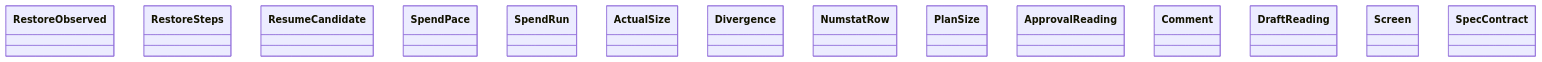
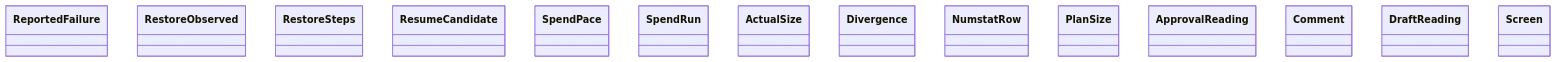
Before and after one commit to GonzaloZevallos/agentic-system: the diagram in docs/architecture/generated/classes-process-domain-state-3.md, drawn with Mermaid. The commit also changed other lines of this file and 11 other files, not shown here.

Commit message:
Register the early_split channel in the reducer test and regenerate the architecture docs

````diff
--- a/docs/architecture/generated/classes-process-domain-state-3.md
+++ b/docs/architecture/generated/classes-process-domain-state-3.md
@@ -32,17 +32,17 @@
 ```mermaid
 classDiagram
+    class rules__ReportedFailure["ReportedFailure"]
     class rules__RestoreObserved["RestoreObserved"]
     class rules__RestoreSteps["RestoreSteps"]
     class rules__ResumeCandidate["ResumeCandidate"]
     class rules__SpendPace["SpendPace"]
     class rules__SpendRun["SpendRun"]
     class size_budget__ActualSize["ActualSize"]
     class size_budget__Divergence["Divergence"]
     class size_budget__NumstatRow["NumstatRow"]
     class size_budget__PlanSize["PlanSize"]
     class spec_approval__ApprovalReading["ApprovalReading"]
     class spec_approval__Comment["Comment"]
     class spec_delivery__DraftReading["DraftReading"]
     class spec_delivery__Screen["Screen"]
-    class spec_delivery__SpecContract["SpecContract"]
 ```
````
